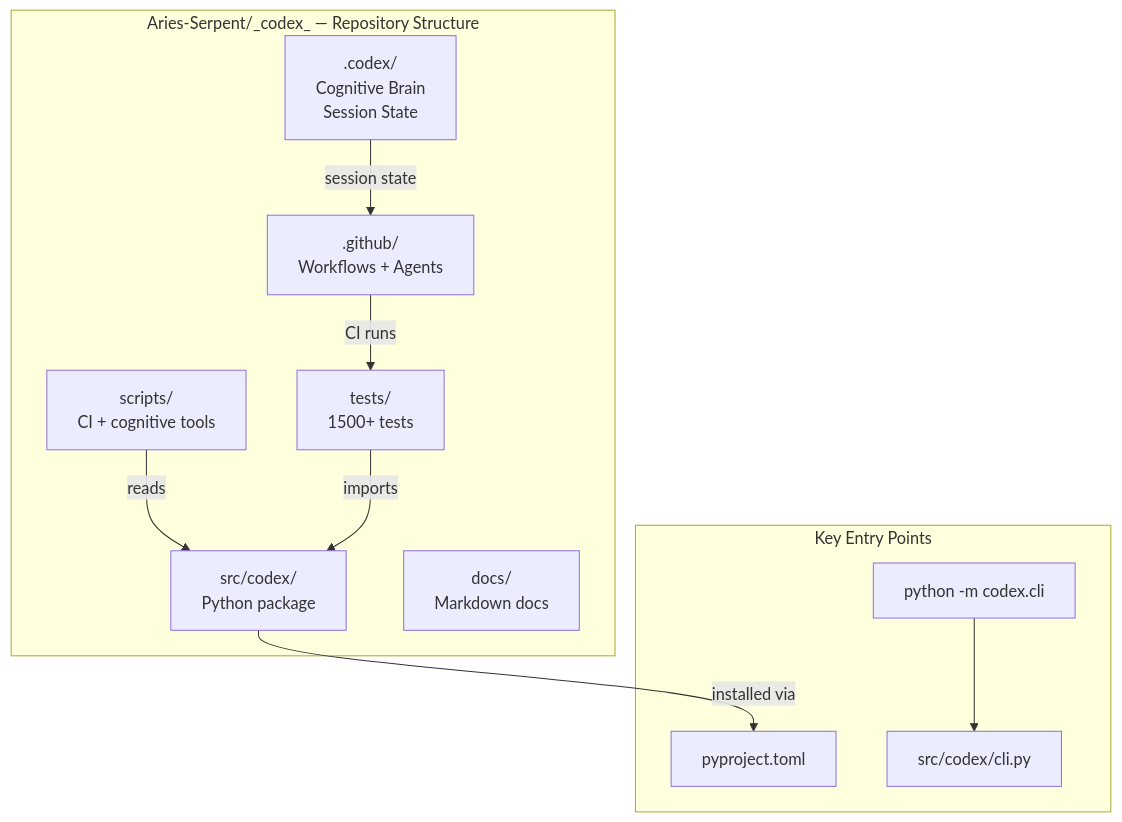
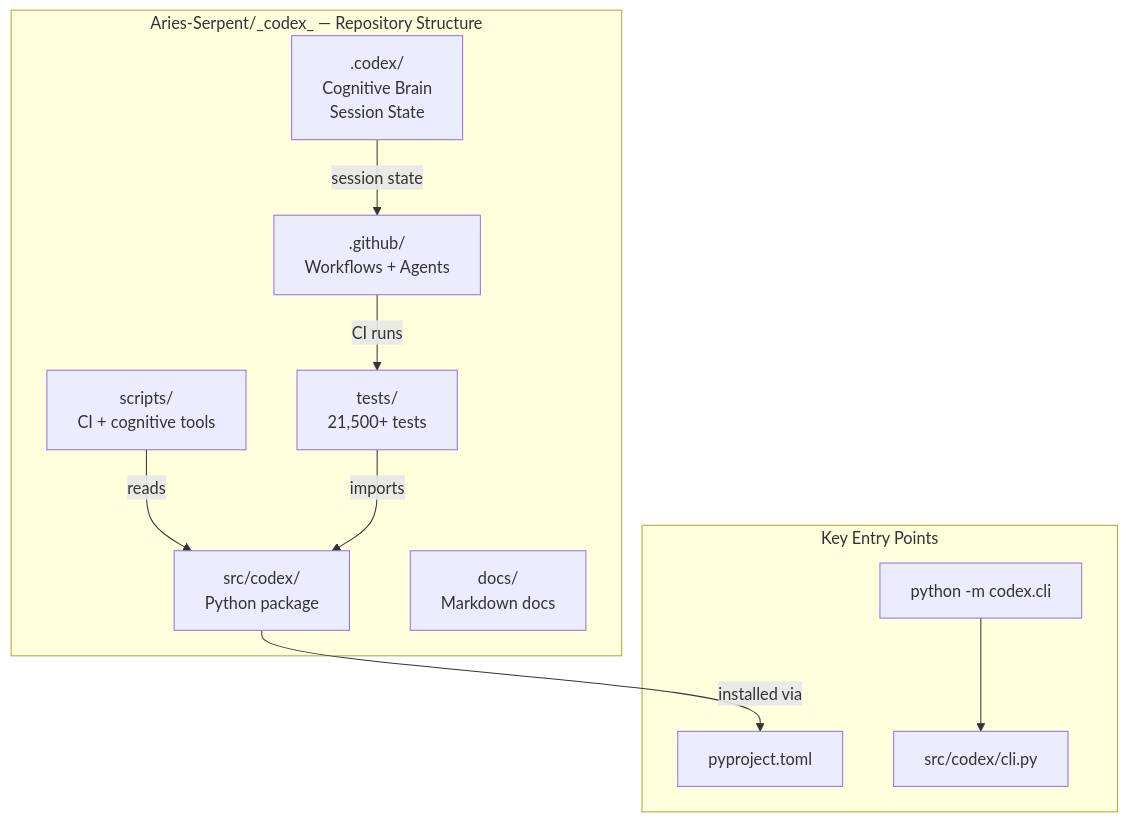
Before and after one commit to Aries-Serpent/_codex_: the first of 16 diagrams in docs/CODEBASE_MERMAID_MAPS.md, drawn with Mermaid. The commit also changed 12 other files, not shown here.

First line of the commit message:
docs: update stale stats in priority-1 architecture and diagram files

````diff
--- a/docs/CODEBASE_MERMAID_MAPS.md
+++ b/docs/CODEBASE_MERMAID_MAPS.md
@@ -34,24 +34,24 @@
 ```mermaid
 graph TD
     subgraph "Aries-Serpent/_codex_ — Repository Structure"
         SRC[src/codex/\nPython package]
-        TESTS[tests/\n1500+ tests]
+        TESTS[tests/\n21,500+ tests]
         DOCS[docs/\nMarkdown docs]
         GITHUB[.github/\nWorkflows + Agents]
         CODEX[.codex/\nCognitive Brain\nSession State]
         SCRIPTS[scripts/\nCI + cognitive tools]
     end
 
     subgraph "Key Entry Points"
         CLI[python -m codex.cli]
         PYPROJ[pyproject.toml]
         MAIN[src/codex/cli.py]
     end
 
     SRC -->|installed via| PYPROJ
     CLI --> MAIN
     SCRIPTS -->|reads| SRC
     TESTS -->|imports| SRC
     GITHUB -->|CI runs| TESTS
     CODEX -->|session state| GITHUB
 ```
````
